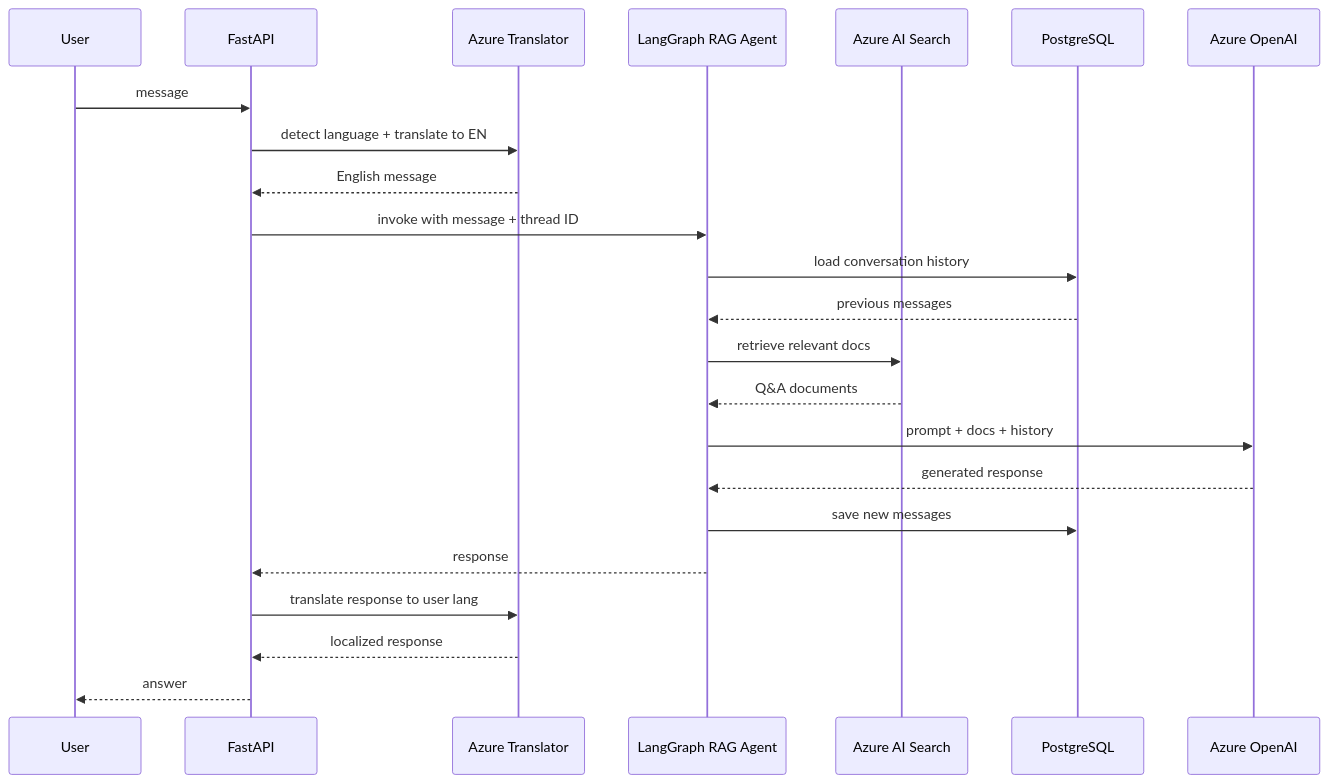
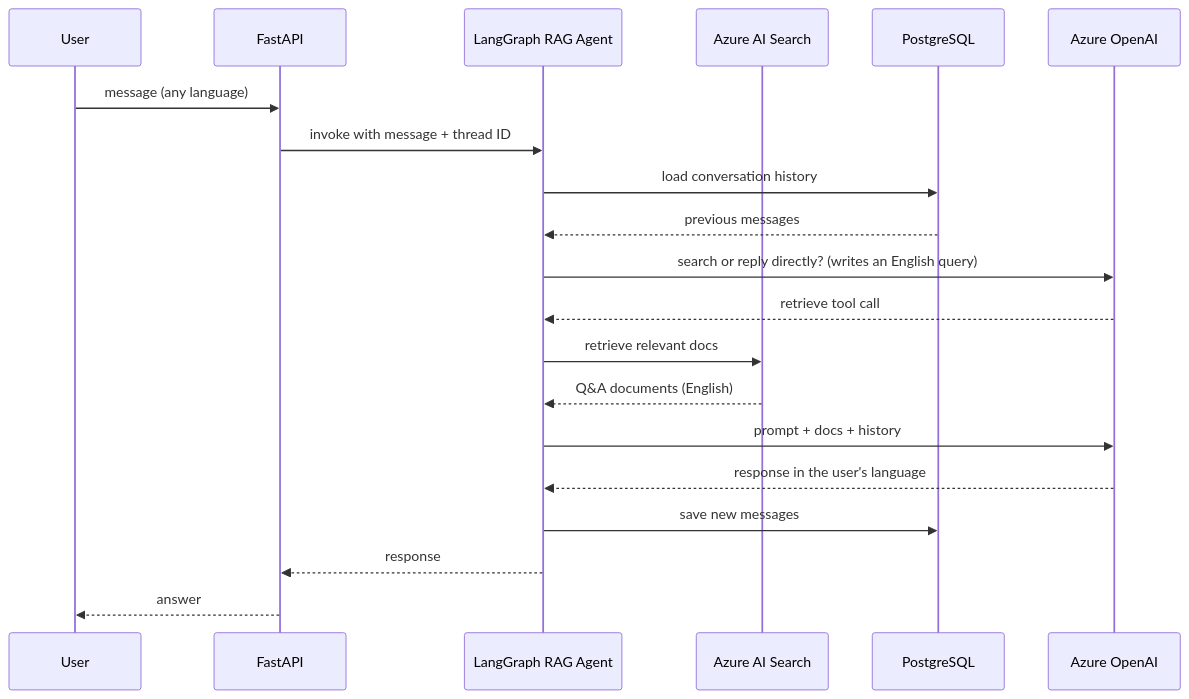
Before and after one commit to rodekruis/hia-search: the second of 2 diagrams in README.md, drawn with Mermaid. The commit also changed other lines of this file and 10 other files, not shown here.

````diff
--- a/README.md
+++ b/README.md
@@ -36,26 +36,23 @@
 ```mermaid
 sequenceDiagram
     participant User
     participant API as FastAPI
-    participant T as Azure Translator
     participant Agent as LangGraph RAG Agent
     participant VS as Azure AI Search
     participant DB as PostgreSQL
     participant LLM as Azure OpenAI
 
-    User->>API: message
-    API->>T: detect language + translate to EN
-    T-->>API: English message
+    User->>API: message (any language)
     API->>Agent: invoke with message + thread ID
     Agent->>DB: load conversation history
     DB-->>Agent: previous messages
+    Agent->>LLM: search or reply directly? (writes an English query)
+    LLM-->>Agent: retrieve tool call
     Agent->>VS: retrieve relevant docs
-    VS-->>Agent: Q&A documents
+    VS-->>Agent: Q&A documents (English)
     Agent->>LLM: prompt + docs + history
-    LLM-->>Agent: generated response
+    LLM-->>Agent: response in the user's language
     Agent->>DB: save new messages
     Agent-->>API: response
-    API->>T: translate response to user lang
-    T-->>API: localized response
     API-->>User: answer
 ```
````
